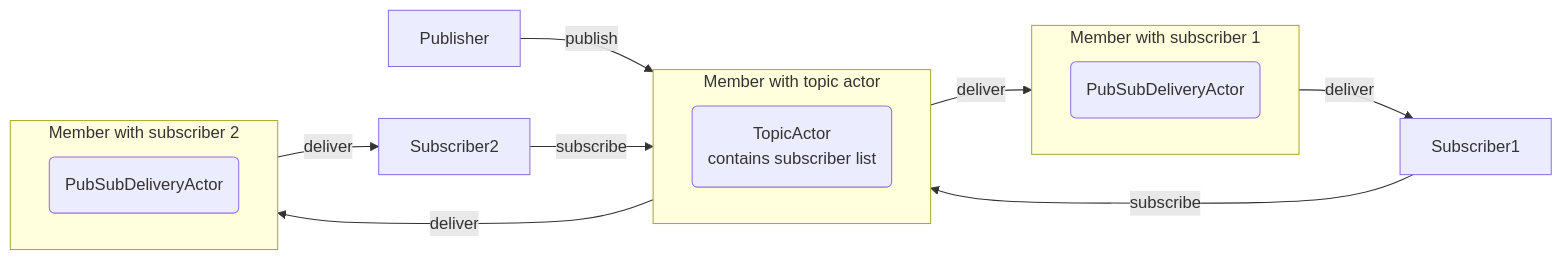
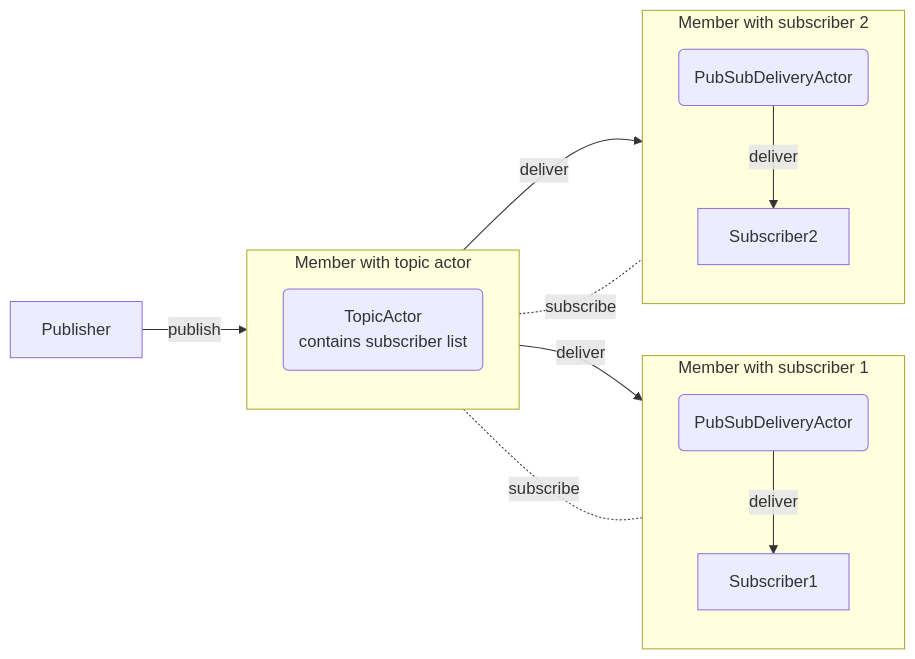
Before and after one commit to asynkron/protoactor-website: the third of 3 diagrams in hugo/content/docs/cluster/pub-sub.md, drawn with Mermaid.

Commit message:
hack diagram

````diff
--- a/hugo/content/docs/cluster/pub-sub.md
+++ b/hugo/content/docs/cluster/pub-sub.md
@@ -200,40 +200,51 @@
 ```mermaid
 flowchart LR
     Publisher
+    TopicActor
     Subscriber1
     Subscriber2
-    TopicActor
+
 
     class Publisher yellow
     class Subscriber1 blue
     class Subscriber2 blue
 
     subgraph TopicActorMember[Member with topic actor]
-        direction LR
+        direction TB
         TopicActor(TopicActor <br /> contains subscriber list)
 
         class TopicActor green
+
     end
 
 
     subgraph SubscriberMember1[Member with subscriber 1]
-        direction LR
+        direction TB
         PubSubDeliveryActor1(PubSubDeliveryActor)
 
         class PubSubDeliveryActor1 green
+
+        PubSubDeliveryActor1 --deliver--> Subscriber1
     end
 
     subgraph SubscriberMember2[Member with subscriber 2]
-        direction LR
+        direction TB
         PubSubDeliveryActor2(PubSubDeliveryActor)
 
         class PubSubDeliveryActor2 green
+
+        PubSubDeliveryActor2 --deliver--> Subscriber2
     end
 
+    
     Publisher --publish--> TopicActor
-    TopicActor --deliver--> PubSubDeliveryActor1 & PubSubDeliveryActor2
-    PubSubDeliveryActor1 --deliver--> Subscriber1
-    PubSubDeliveryActor2 --deliver--> Subscriber2
-    Subscriber1 --subscribe--> TopicActor
-    Subscriber2 --subscribe--> TopicActor
+    
+
+
+
+    TopicActor --deliver--> PubSubDeliveryActor1
+    TopicActor --deliver--> PubSubDeliveryActor2
+
+    TopicActor -.subscribe.- Subscriber1
+    TopicActor -.subscribe.- Subscriber2
 ```
````
